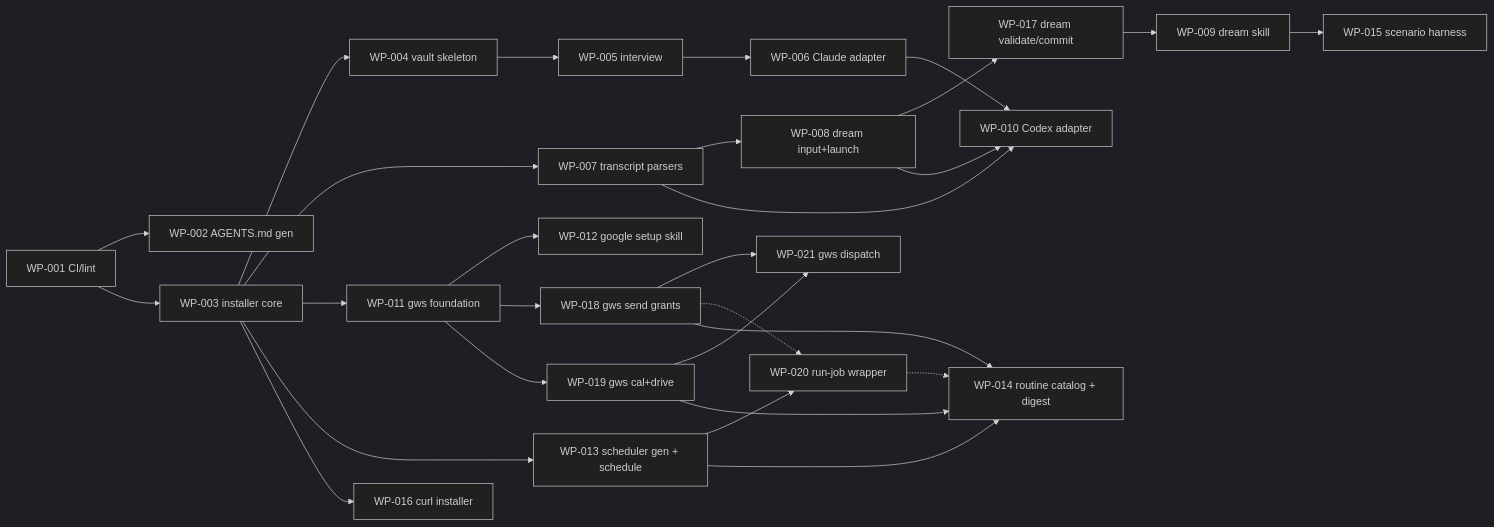
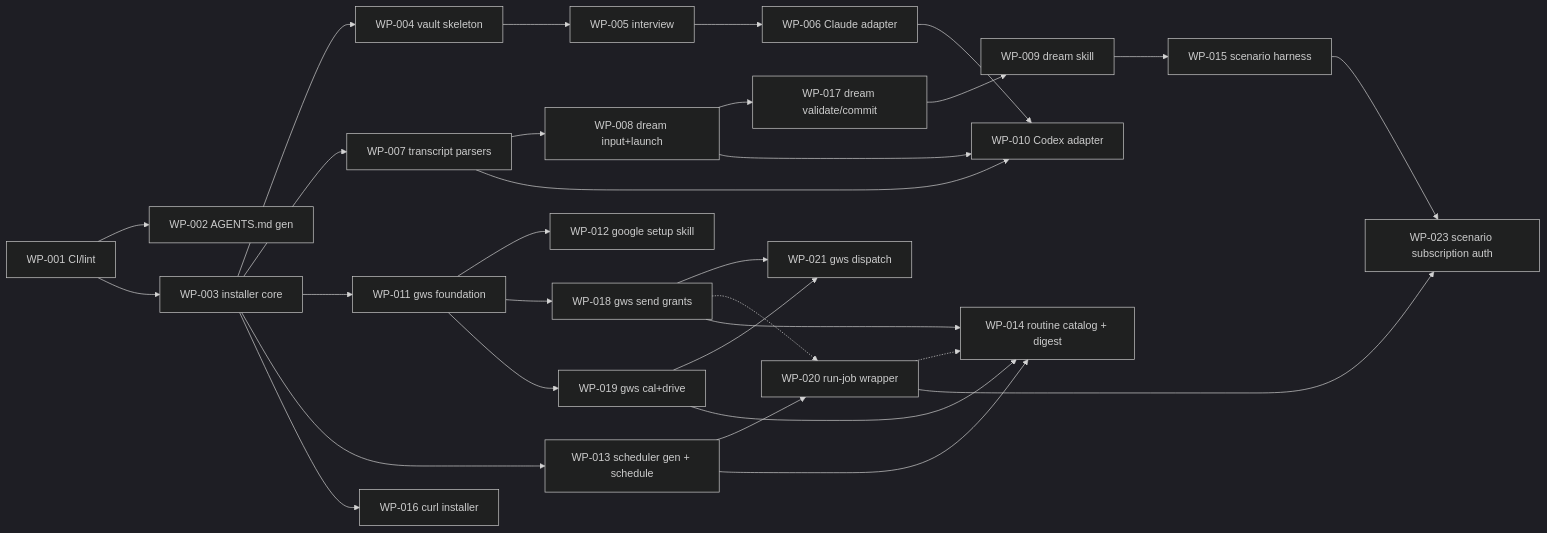
Before and after one commit to wienerdog-ai/wienerdog: the diagram in docs/specs/ROADMAP.md, drawn with Mermaid (dark theme). The commit also changed other lines of this file and 3 other files, not shown here.

First line of the commit message:
docs(adr,specs): ADR-0009 subscription everywhere + WP-023 scenario subscription-auth to Ready

````diff
--- a/docs/specs/ROADMAP.md
+++ b/docs/specs/ROADMAP.md
@@ -46,30 +47,32 @@
 ```mermaid
 graph LR
   WP001[WP-001 CI/lint] --> WP002[WP-002 AGENTS.md gen]
   WP001 --> WP003[WP-003 installer core]
   WP003 --> WP004[WP-004 vault skeleton]
   WP004 --> WP005[WP-005 interview]
   WP005 --> WP006[WP-006 Claude adapter]
   WP003 --> WP007[WP-007 transcript parsers]
   WP007 --> WP008[WP-008 dream input+launch]
   WP008 --> WP017[WP-017 dream validate/commit]
   WP017 --> WP009[WP-009 dream skill]
   WP006 --> WP010[WP-010 Codex adapter]
   WP007 --> WP010
   WP008 --> WP010
   WP003 --> WP011[WP-011 gws foundation]
   WP011 --> WP012[WP-012 google setup skill]
   WP011 --> WP018[WP-018 gws send grants]
   WP011 --> WP019[WP-019 gws cal+drive]
   WP003 --> WP013[WP-013 scheduler gen + schedule]
   WP018 --> WP021[WP-021 gws dispatch]
   WP019 --> WP021
   WP013 --> WP020[WP-020 run-job wrapper]
   WP018 -.-> WP020
   WP018 --> WP014[WP-014 routine catalog + digest]
   WP019 --> WP014
   WP013 --> WP014
   WP020 -.-> WP014
   WP009 --> WP015[WP-015 scenario harness]
   WP003 --> WP016[WP-016 curl installer]
+  WP015 --> WP023[WP-023 scenario subscription auth]
+  WP020 --> WP023
 ```
````
